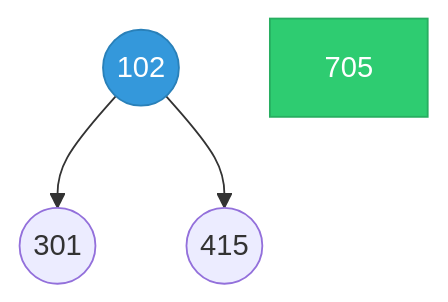
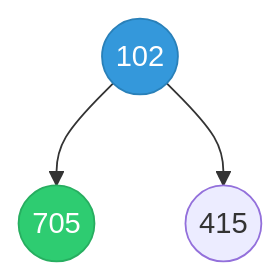
The diagram in graphs.md (reyesmion/ai1), drawn with Mermaid before and after one commit.

Commit message:
Update Mermaid flowchart to include node 705

````diff
--- a/graphs.md
+++ b/graphs.md
@@ -2,8 +2,8 @@
 ```mermaid
 flowchart TD
-  102((102))-->301((301))
+  102((102))-->705((705))
   102((102))-->415((415))
 
   style 102 fill:#3498db,stroke:#2980b9,stroke-widht:2px,color:#fff
   style 705 fill:#2ecc71,stroke:#27ae60,stroke-widht:2px,color:#fff
 ```
````
